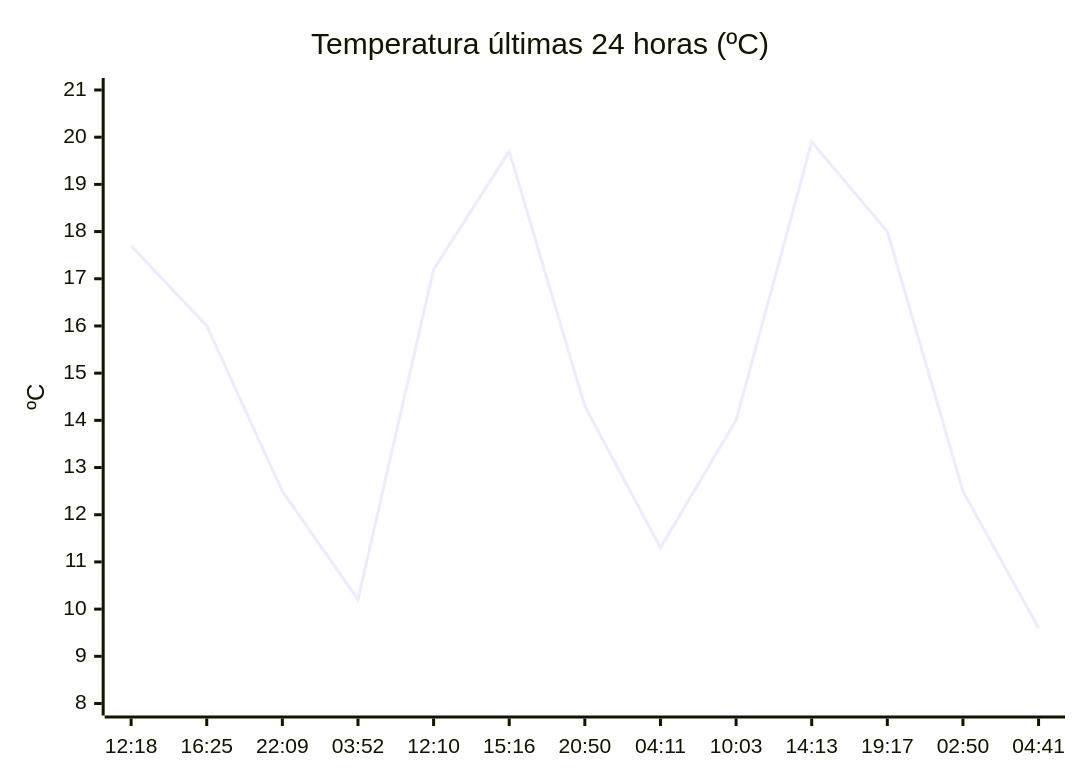
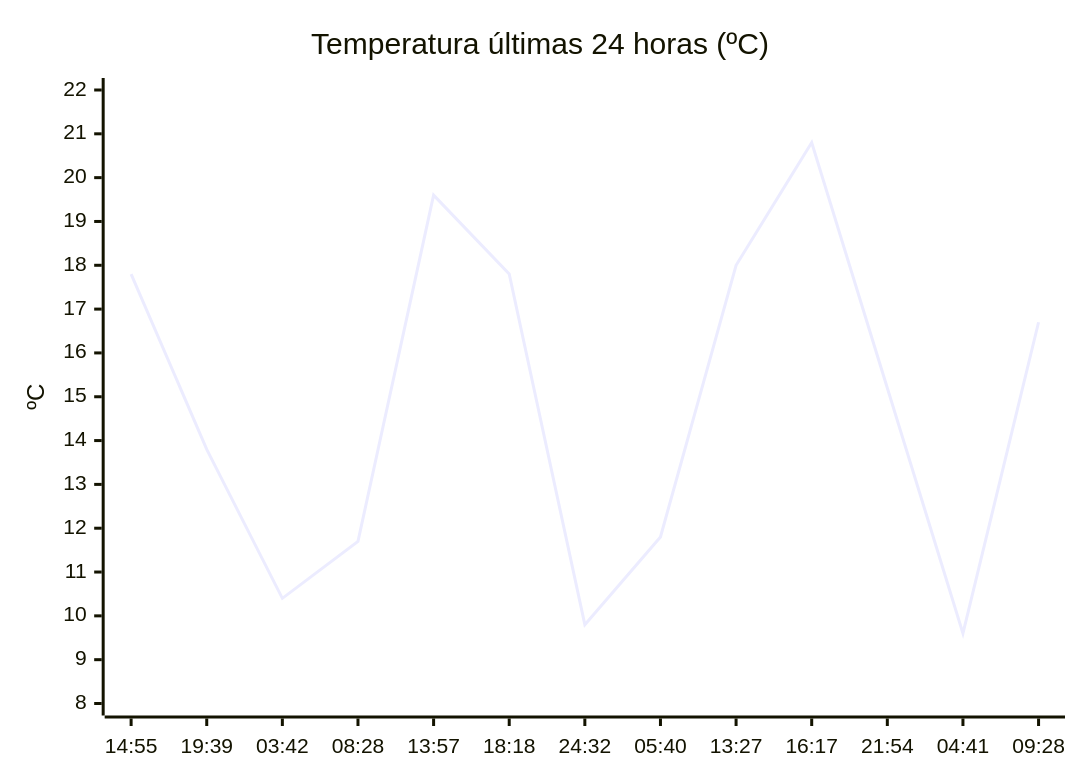
The diagram in README.md (solidsnk86/rem-scrap), drawn with Mermaid before and after one commit. The commit also changed other lines of this file, not shown here.

````diff
--- a/README.md
+++ b/README.md
@@ -32,7 +28,7 @@
 ```mermaid
 xychart-beta
     title "Temperatura últimas 24 horas (ºC)"
-    x-axis ["12:18", "16:25", "22:09", "03:52", "12:10", "15:16", "20:50", "04:11", "10:03", "14:13", "19:17", "02:50", "04:41"]
-    y-axis "ºC" 8 --> 21
-    line [17.7, 16, 12.5, 10.2, 17.2, 19.7, 14.3, 11.3, 14, 19.9, 18, 12.5, 9.6]
+    x-axis ["14:55", "19:39", "03:42", "08:28", "13:57", "18:18", "24:32", "05:40", "13:27", "16:17", "21:54", "04:41", "09:28"]
+    y-axis "ºC" 8 --> 22
+    line [17.8, 13.8, 10.4, 11.7, 19.6, 17.8, 9.8, 11.8, 18, 20.8, 15.2, 9.6, 16.7]
 ```
````
